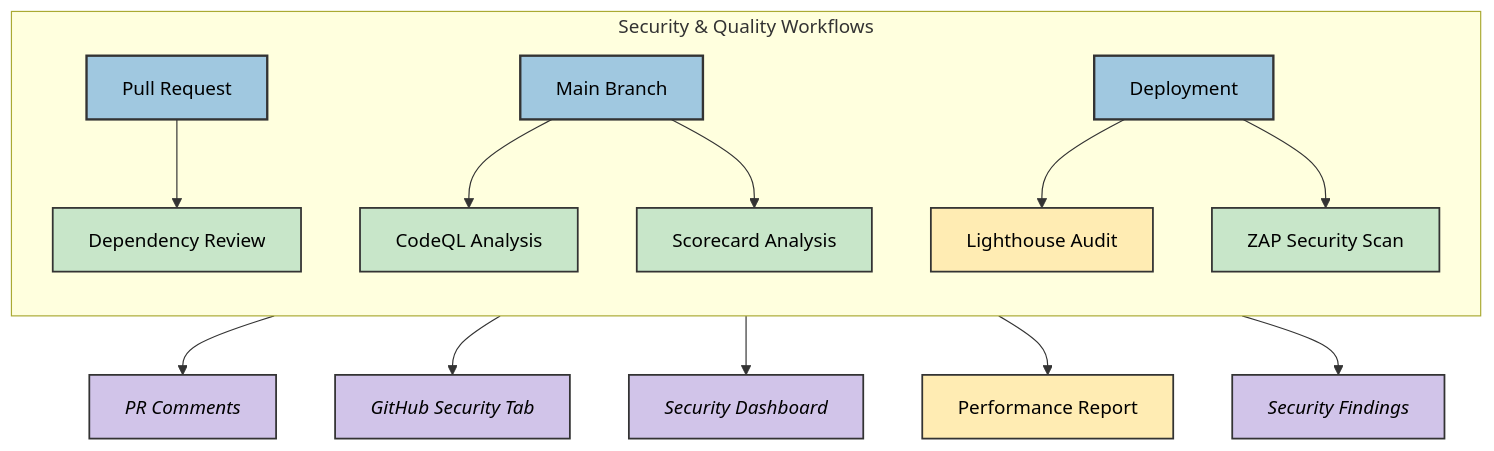
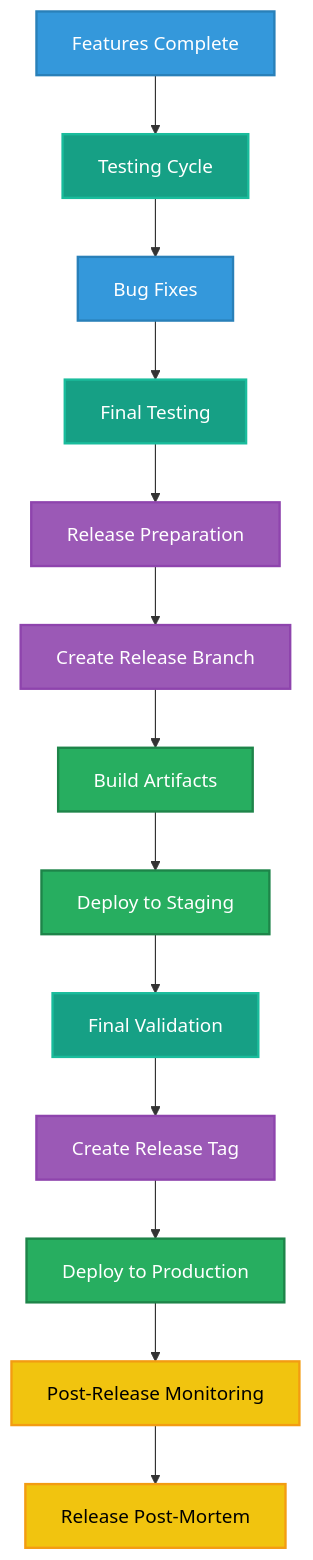
One commit to Hack23/cia-compliance-manager changed the eighth of 8 diagrams in docs/architecture/WORKFLOWS.md. Above: the diagram before and after it, drawn with Mermaid. The commit also changed other lines of this file and 7 other files, not shown here.

Commit message:
Enhance documentation for CIA Compliance Manager CI/CD workflows, including detailed descriptions of processes, updated diagrams, and improved organization of sections for better clarity and usability.

````diff
--- a/docs/architecture/WORKFLOWS.md
+++ b/docs/architecture/WORKFLOWS.md
@@ -188,28 +391,27 @@
 ```mermaid
 flowchart TD
-    subgraph "Security & Quality Workflows"
-        direction TB
-        PR[Pull Request] --> DependencyReview[Dependency Review]
-        Branch[Main Branch] --> CodeQL[CodeQL Analysis]
-        Branch --> Scorecard[Scorecard Analysis]
-        Deploy[Deployment] --> Lighthouse[Lighthouse Audit]
-        Deploy --> ZAPScan[ZAP Security Scan]
-    end
-
-    DependencyReview --> Report1[PR Comments]
-    CodeQL --> Report2[GitHub Security Tab]
-    Scorecard --> Report3[Security Dashboard]
-    Lighthouse --> Report4[Performance Report]
-    ZAPScan --> Report5[Security Findings]
-
-    %% Enhanced styling with improved grouping
-    classDef sourceNode fill:#a0c8e0,stroke:#333,stroke-width:2px,color:black
-    classDef scanNode fill:#c8e6c9,stroke:#333,stroke-width:1.5px,color:black
-    classDef reportNode fill:#d1c4e9,stroke:#333,stroke-width:1.5px,color:black,font-style:italic
-    classDef auditNode fill:#ffecb3,stroke:#333,stroke-width:1.5px,color:black
-
-    class PR,Branch,Deploy sourceNode
-    class DependencyReview,CodeQL,Scorecard,ZAPScan scanNode
-    class Report1,Report2,Report3,Report5 reportNode
-    class Lighthouse,Report4 auditNode
+    FeatureComplete[Features Complete] --> TestingCycle[Testing Cycle]
+    TestingCycle --> BugFixes[Bug Fixes]
+    BugFixes --> FinalTesting[Final Testing]
+    FinalTesting --> ReleasePrep[Release Preparation]
+    ReleasePrep --> CreateReleaseBranch[Create Release Branch]
+    CreateReleaseBranch --> BuildArtifacts[Build Artifacts]
+    BuildArtifacts --> DeployStaging[Deploy to Staging]
+    DeployStaging --> FinalValidation[Final Validation]
+    FinalValidation --> CreateTag[Create Release Tag]
+    CreateTag --> DeployProduction[Deploy to Production]
+    DeployProduction --> PostReleaseMonitoring[Post-Release Monitoring]
+    PostReleaseMonitoring --> ReleasePostMortem[Release Post-Mortem]
+    
+    classDef feature fill:#3498db,stroke:#2980b9,stroke-width:2px,color:white
+    classDef testing fill:#16a085,stroke:#1abc9c,stroke-width:2px,color:white
+    classDef release fill:#9b59b6,stroke:#8e44ad,stroke-width:2px,color:white
+    classDef deploy fill:#27ae60,stroke:#1e8449,stroke-width:2px,color:white
+    classDef monitor fill:#f1c40f,stroke:#f39c12,stroke-width:2px,color:black
+    
+    class FeatureComplete,BugFixes feature
+    class TestingCycle,FinalTesting,FinalValidation testing
+    class ReleasePrep,CreateReleaseBranch,CreateTag release
+    class BuildArtifacts,DeployStaging,DeployProduction deploy
+    class PostReleaseMonitoring,ReleasePostMortem monitor
 ```
````
